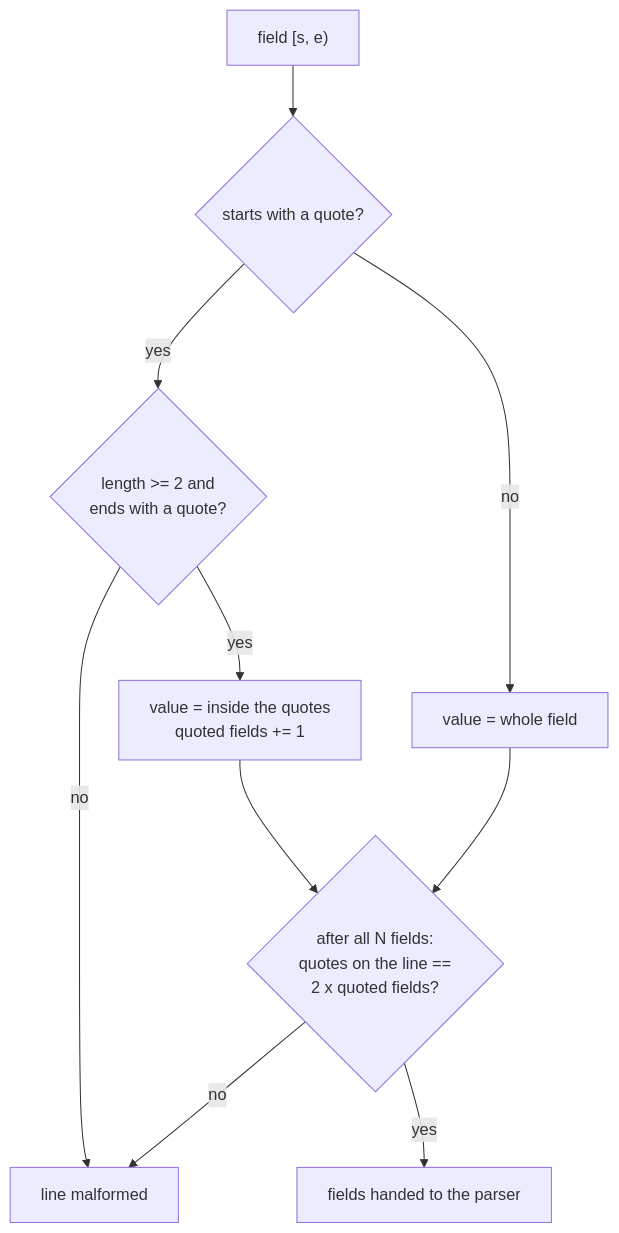
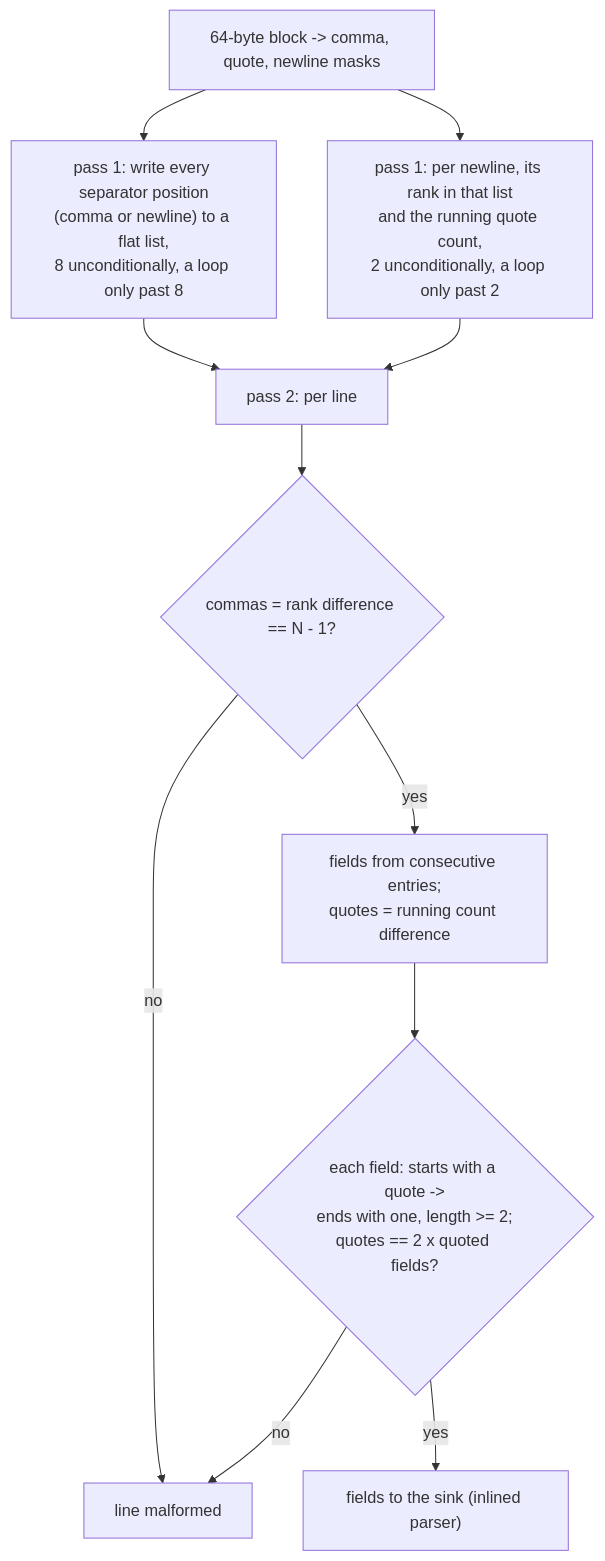
Before and after one commit to Kavan04/Databricks_Shopping: the third of 8 diagrams in docs/ARCHITECTURE.md, drawn with Mermaid. The commit also changed other lines of this file, not shown here.

Commit message:
docs: architecture for v3.17 (two-pass scanner, inlined parsers, branch-free lookups)

````diff
--- a/docs/ARCHITECTURE.md
+++ b/docs/ARCHITECTURE.md
@@ -72,12 +72,13 @@
 ```mermaid
 flowchart TD
-    F["field [s, e)"] --> Q{"starts with a quote?"}
-    Q -->|yes| E{"length >= 2 and<br/>ends with a quote?"}
-    E -->|no| BAD[line malformed]
-    E -->|yes| U["value = inside the quotes<br/>quoted fields += 1"]
-    Q -->|no| V["value = whole field"]
-    U --> N{"after all N fields:<br/>quotes on the line ==<br/>2 x quoted fields?"}
-    V --> N
-    N -->|no| BAD
-    N -->|yes| OK[fields handed to the parser]
+    B["64-byte block -> comma, quote, newline masks"] --> S["pass 1: write every separator position<br/>(comma or newline) to a flat list,<br/>8 unconditionally, a loop only past 8"]
+    B --> N["pass 1: per newline, its rank in that list<br/>and the running quote count,<br/>2 unconditionally, a loop only past 2"]
+    S --> L["pass 2: per line"]
+    N --> L
+    L --> C{"commas = rank difference == N - 1?"}
+    C -->|no| BAD[line malformed]
+    C -->|yes| F["fields from consecutive entries;<br/>quotes = running count difference"]
+    F --> Q{"each field: starts with a quote -><br/>ends with one, length >= 2;<br/>quotes == 2 x quoted fields?"}
+    Q -->|no| BAD
+    Q -->|yes| OK["fields to the sink (inlined parser)"]
 ```
````
